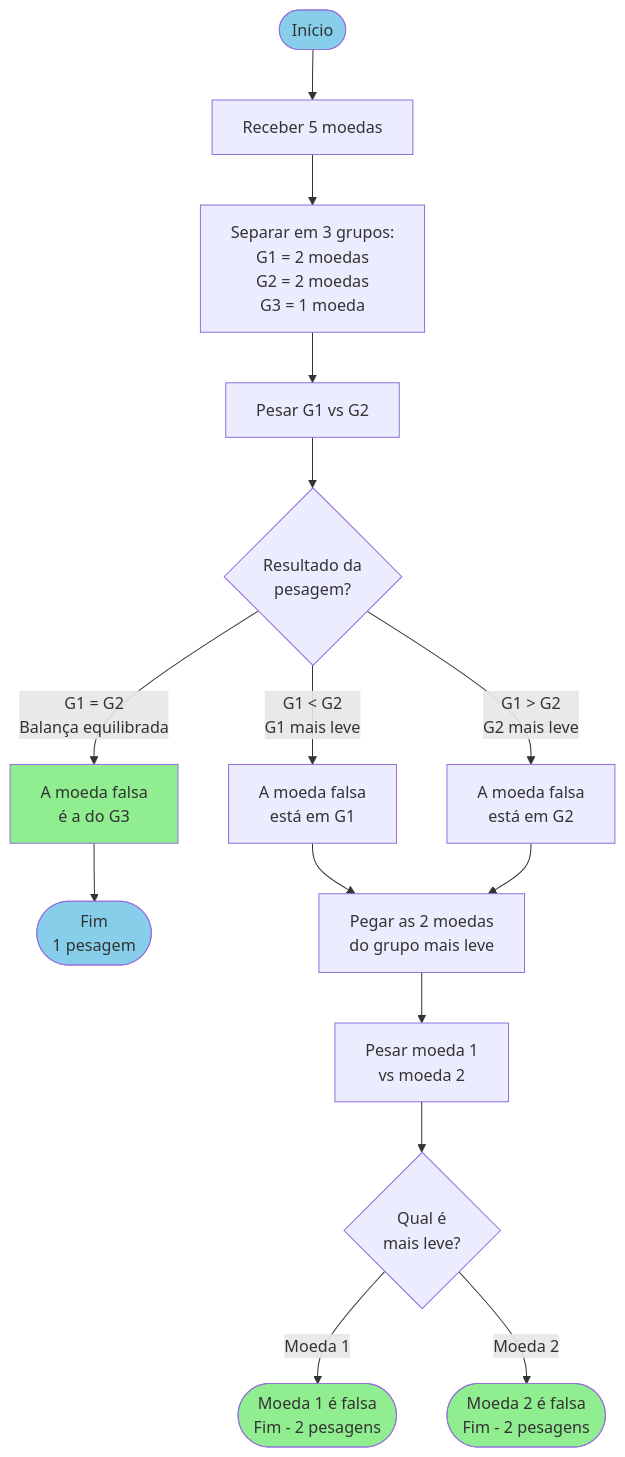
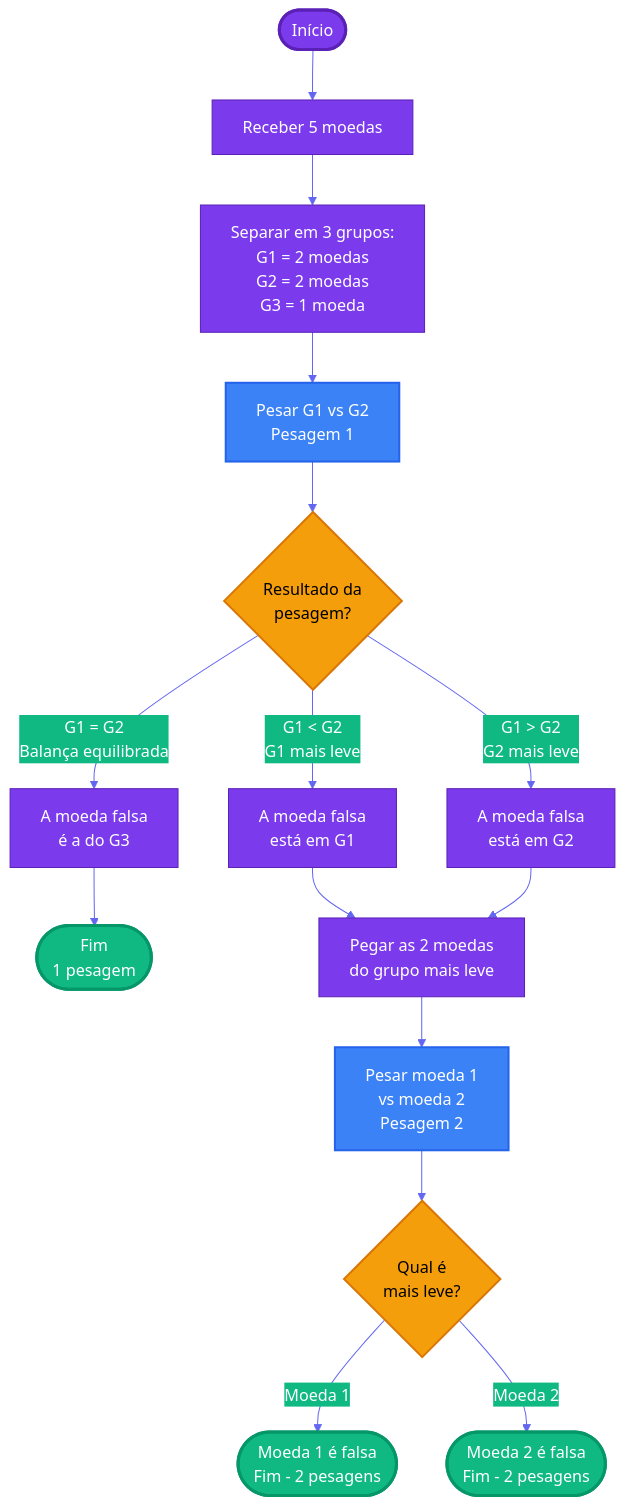
The diagram in challenges/src/algorithms/furlan/Cap01_Ex01.md (pedrolucazx/java-studies), drawn with Mermaid before and after one commit. The commit also changed other lines of this file and 1 other file, not shown here.

Commit message:
feat(fundamentals): enhance exercise Capítulo 1 - Moeda Falsa with improved problem statement, detailed steps, and additional insights

````diff
--- a/challenges/src/algorithms/furlan/Cap01_Ex01.md
+++ b/challenges/src/algorithms/furlan/Cap01_Ex01.md
@@ -35,28 +35,32 @@
 ```mermaid
+%%{init: {'theme':'base', 'themeVariables': { 'primaryColor':'#7C3AED','primaryTextColor':'#fff','primaryBorderColor':'#5B21B6','lineColor':'#6366F1','secondaryColor':'#10B981','secondaryTextColor':'#fff','tertiaryColor':'#F59E0B','tertiaryTextColor':'#000','noteBkgColor':'#DBEAFE','noteTextColor':'#1E3A8A'}}}%%
 flowchart TD
     A([Início]) --> B[Receber 5 moedas]
     B --> C[Separar em 3 grupos:<br/>G1 = 2 moedas<br/>G2 = 2 moedas<br/>G3 = 1 moeda]
-    C --> D[Pesar G1 vs G2]
+    C --> D[Pesar G1 vs G2<br/>Pesagem 1]
     D --> E{Resultado da<br/>pesagem?}
 
     E -->|G1 = G2<br/>Balança equilibrada| F[A moeda falsa<br/>é a do G3]
     F --> G([Fim<br/>1 pesagem])
 
     E -->|G1 < G2<br/>G1 mais leve| H[A moeda falsa<br/>está em G1]
     E -->|G1 > G2<br/>G2 mais leve| I[A moeda falsa<br/>está em G2]
 
     H --> J[Pegar as 2 moedas<br/>do grupo mais leve]
     I --> J
 
-    J --> K[Pesar moeda 1<br/>vs moeda 2]
+    J --> K[Pesar moeda 1<br/>vs moeda 2<br/>Pesagem 2]
     K --> L{Qual é<br/>mais leve?}
 
     L -->|Moeda 1| M([Moeda 1 é falsa<br/>Fim - 2 pesagens])
     L -->|Moeda 2| N([Moeda 2 é falsa<br/>Fim - 2 pesagens])
 
-    style F fill:#90EE90
-    style M fill:#90EE90
-    style N fill:#90EE90
-    style A fill:#87CEEB
-    style G fill:#87CEEB
+    style A fill:#7C3AED,stroke:#5B21B6,stroke-width:3px,color:#fff
+    style G fill:#10B981,stroke:#059669,stroke-width:3px,color:#fff
+    style M fill:#10B981,stroke:#059669,stroke-width:3px,color:#fff
+    style N fill:#10B981,stroke:#059669,stroke-width:3px,color:#fff
+    style E fill:#F59E0B,stroke:#D97706,stroke-width:2px,color:#000
+    style L fill:#F59E0B,stroke:#D97706,stroke-width:2px,color:#000
+    style D fill:#3B82F6,stroke:#2563EB,stroke-width:2px,color:#fff
+    style K fill:#3B82F6,stroke:#2563EB,stroke-width:2px,color:#fff
 ```
````
